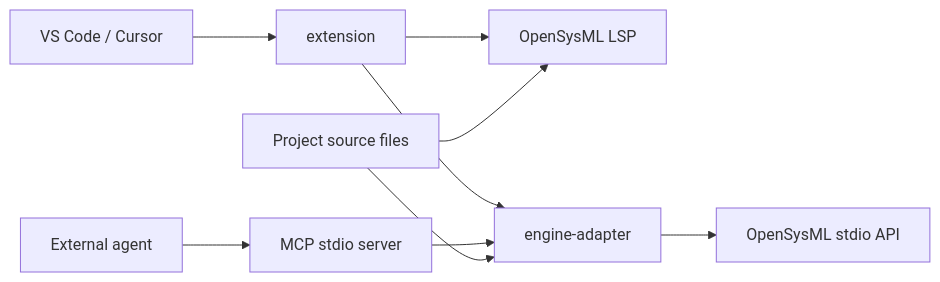
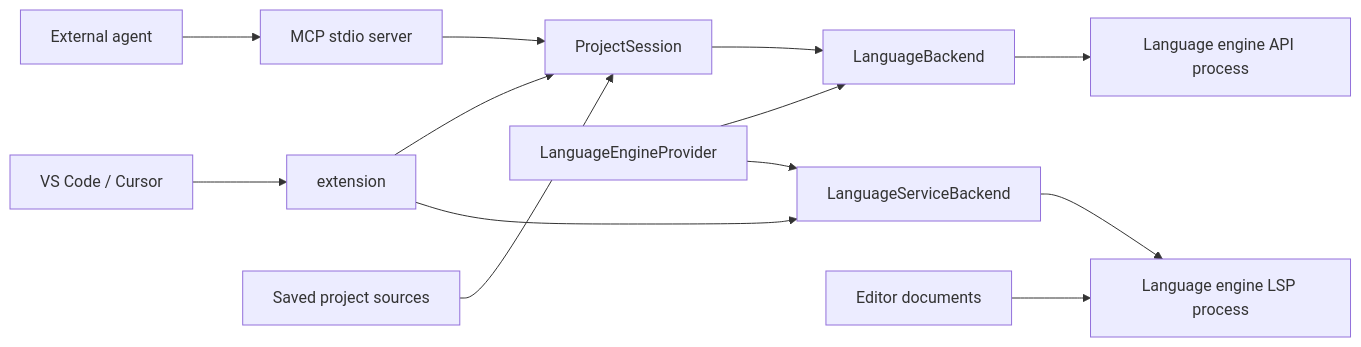
The diagram in docs/architecture.md (dryas-labs/systrace), drawn with Mermaid before and after one commit. The commit also changed other lines of this file and 41 other files, not shown here.

First line of the commit message:
refactor: isolate language engine integration

````diff
--- a/docs/architecture.md
+++ b/docs/architecture.md
@@ -9,11 +13,15 @@
 ```mermaid
 flowchart LR
   Editor[VS Code / Cursor] --> Extension[extension]
-  Extension --> LSP[OpenSysML LSP]
-  Extension --> Adapter[engine-adapter]
   Agent[External agent] --> MCP[MCP stdio server]
-  MCP --> Adapter
-  Adapter --> API[OpenSysML stdio API]
-  Files[Project source files] --> LSP
-  Files --> Adapter
+  MCP --> Session[ProjectSession]
+  Extension --> Session
+  Session --> Model[LanguageBackend]
+  Extension --> Service[LanguageServiceBackend]
+  Provider[LanguageEngineProvider] --> Model
+  Provider --> Service
+  Model --> API[Language engine API process]
+  Service --> LSP[Language engine LSP process]
+  Files[Saved project sources] --> Session
+  Buffers[Editor documents] --> LSP
 ```
````
